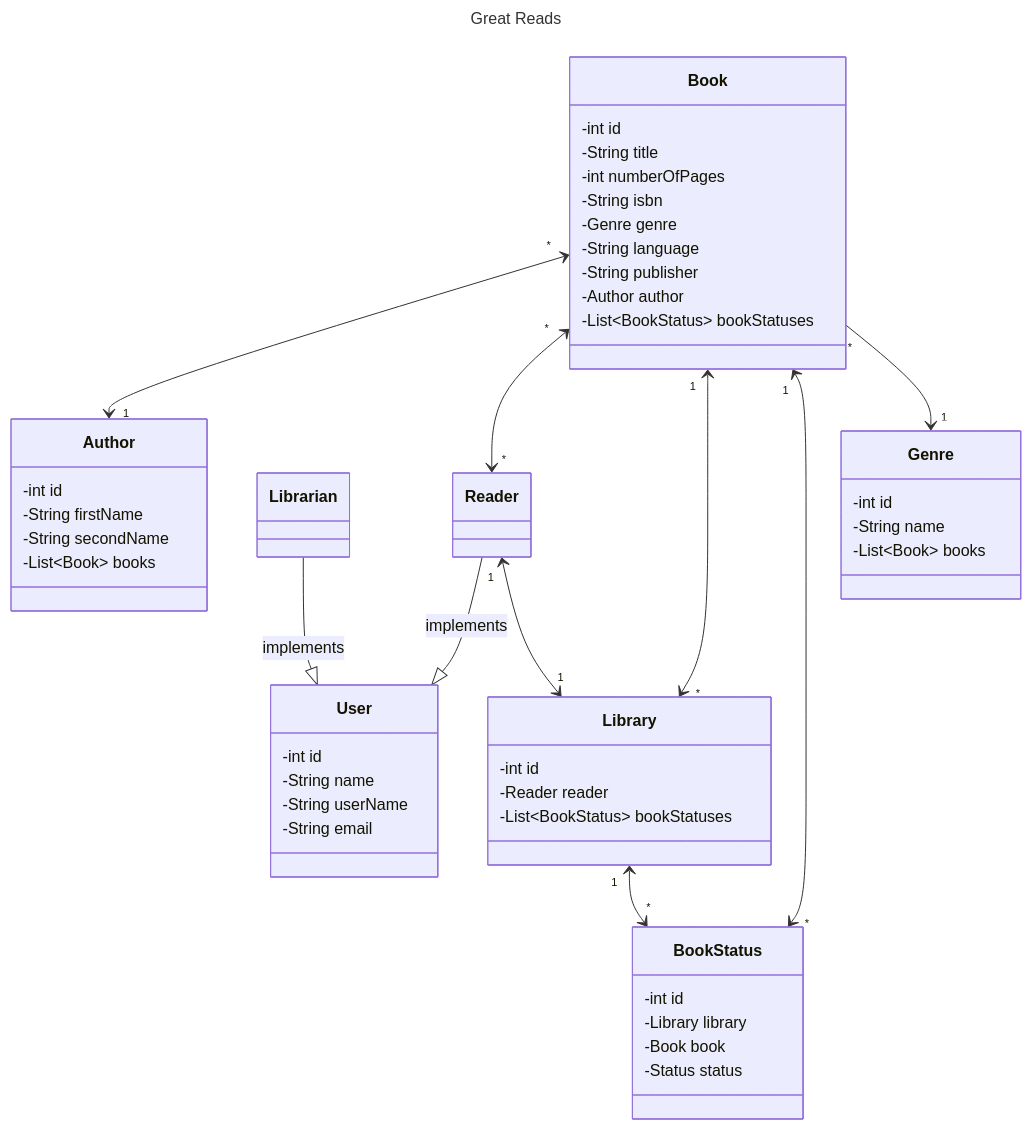
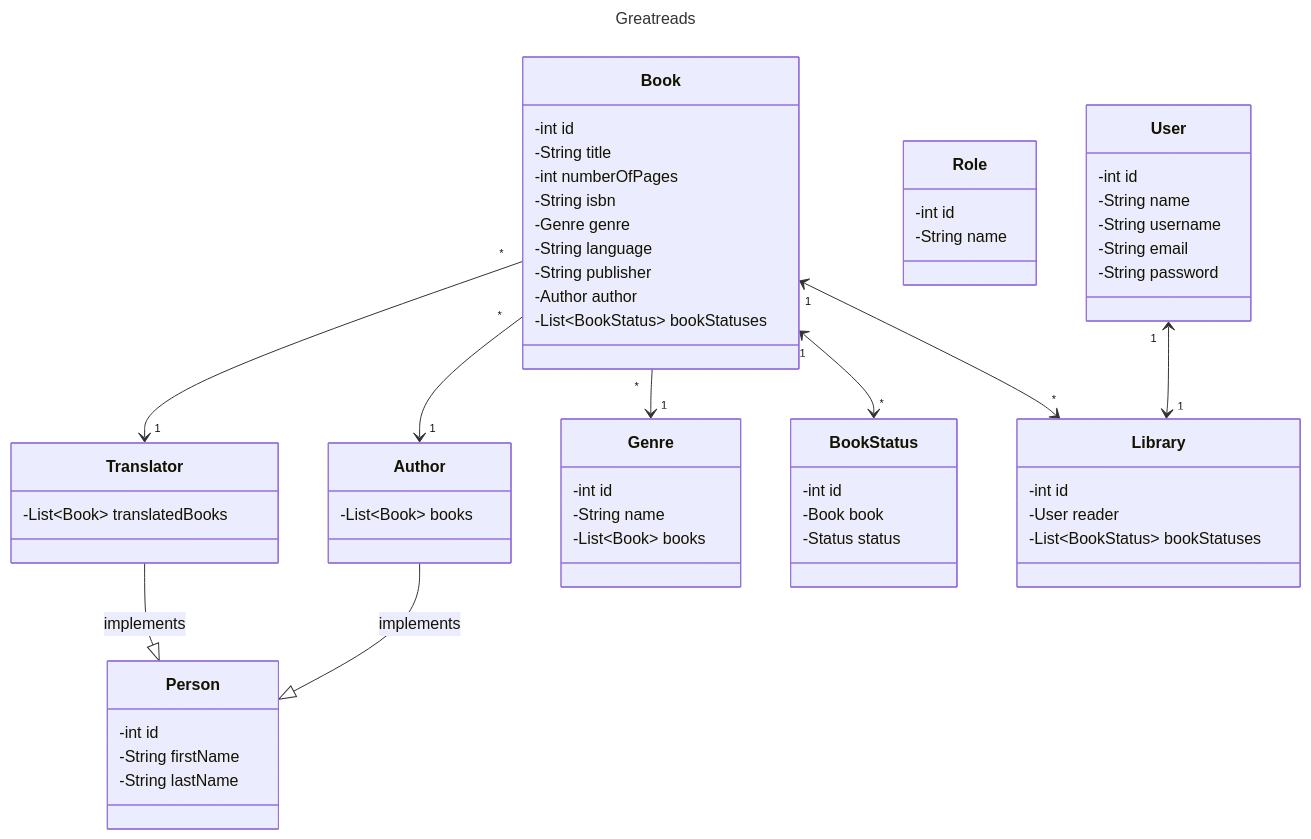
One commit to evagapi/great-reads changed the diagram in README.md. Above: the diagram before and after it, drawn with Mermaid. The commit also changed other lines of this file and 2 other files, not shown here.

````diff
--- a/README.md
+++ b/README.md
@@ -1,58 +47,62 @@
 ```mermaid
 ---
-title: Great Reads
+title: Greatreads
 ---
 classDiagram
-    User : -int id
-    User : -String name
-    User : -String userName
-    User : -String email
-    class Reader {
+    Person : -int id
+    Person : -String firstName
+    Person : -String lastName
+    class User {
+    -int id
+    -String name
+    -String username
+    -String email
+    -String password
     }
-    class Librarian {
+    class Role {
+        -int id
+        -String name
     }
-    Reader --|> User : implements
-    Librarian --|> User : implements
     class Book {
         -int id
         -String title
         -int numberOfPages
         -String isbn
         -Genre genre
         -String language
         -String publisher
         -Author author
         -List~BookStatus~ bookStatuses
     }
     class Author {
-        -int id
-        -String firstName
-        -String secondName
         -List~Book~ books
     }
-    Book "*" <--> "1" Author
-    Book "*" <--> "*" Reader
+    class Translator {
+        -List~Book~ translatedBooks
+    }
+    Translator --|> Person : implements
+    Author --|> Person : implements
     class Genre {
         -int id
         -String name
         -List~Book~ books
     }
     class Library {
         -int id
-        -Reader reader
+        -User reader
         -List~BookStatus~ bookStatuses
     }
     class BookStatus {
         -int id
-        -Library library
         -Book book
         -Status status
     }
-    Reader "1" <--> "1" Library
-    Library "1" <--> "*" BookStatus
+    User "1" <--> "1" Library
     Book "1" <--> "*" Library
     Book "1" <--> "*" BookStatus
     Book "*" --> "1" Genre
+    Book "*" --> "1" Author
+    Book "*" --> "1" Translator
 
 
 ```
````
